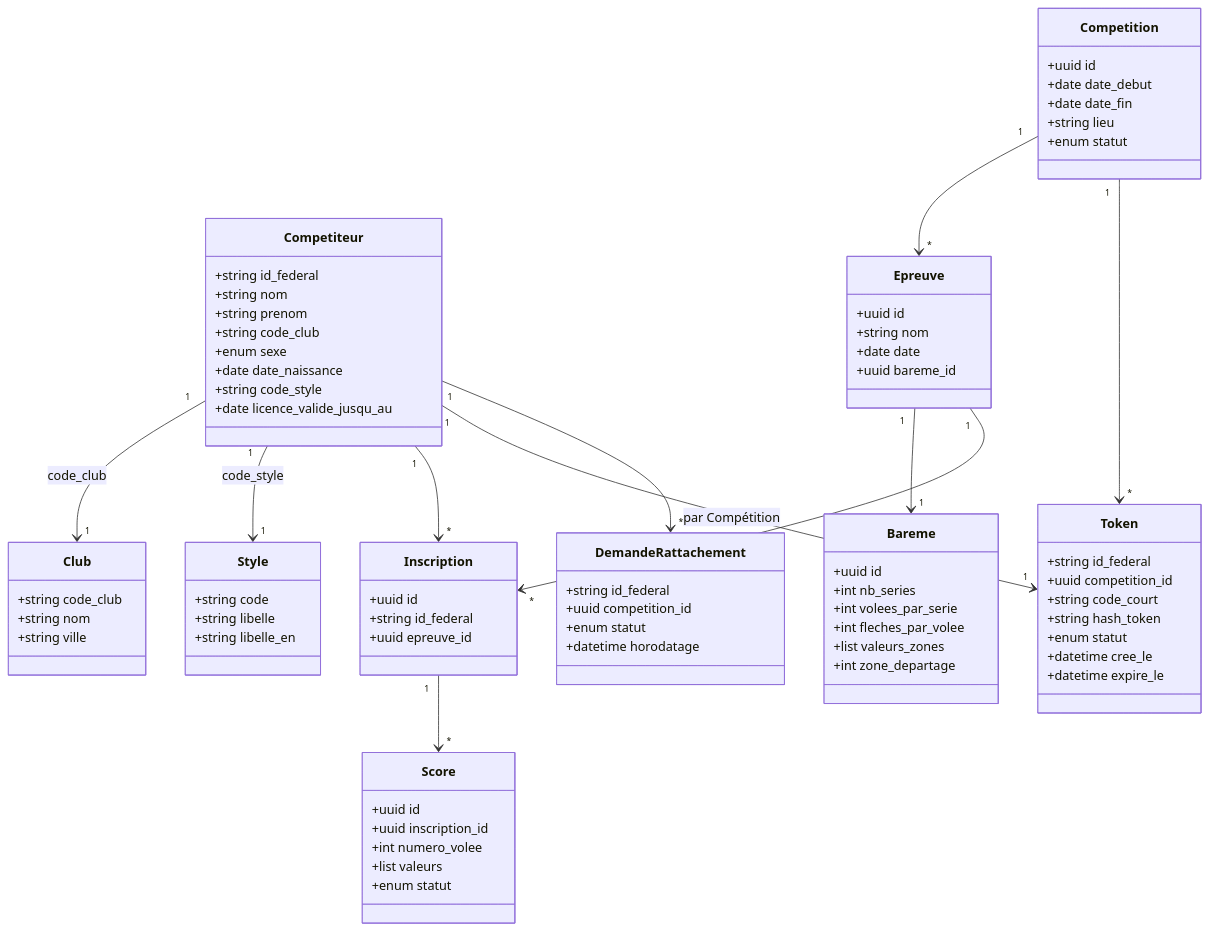
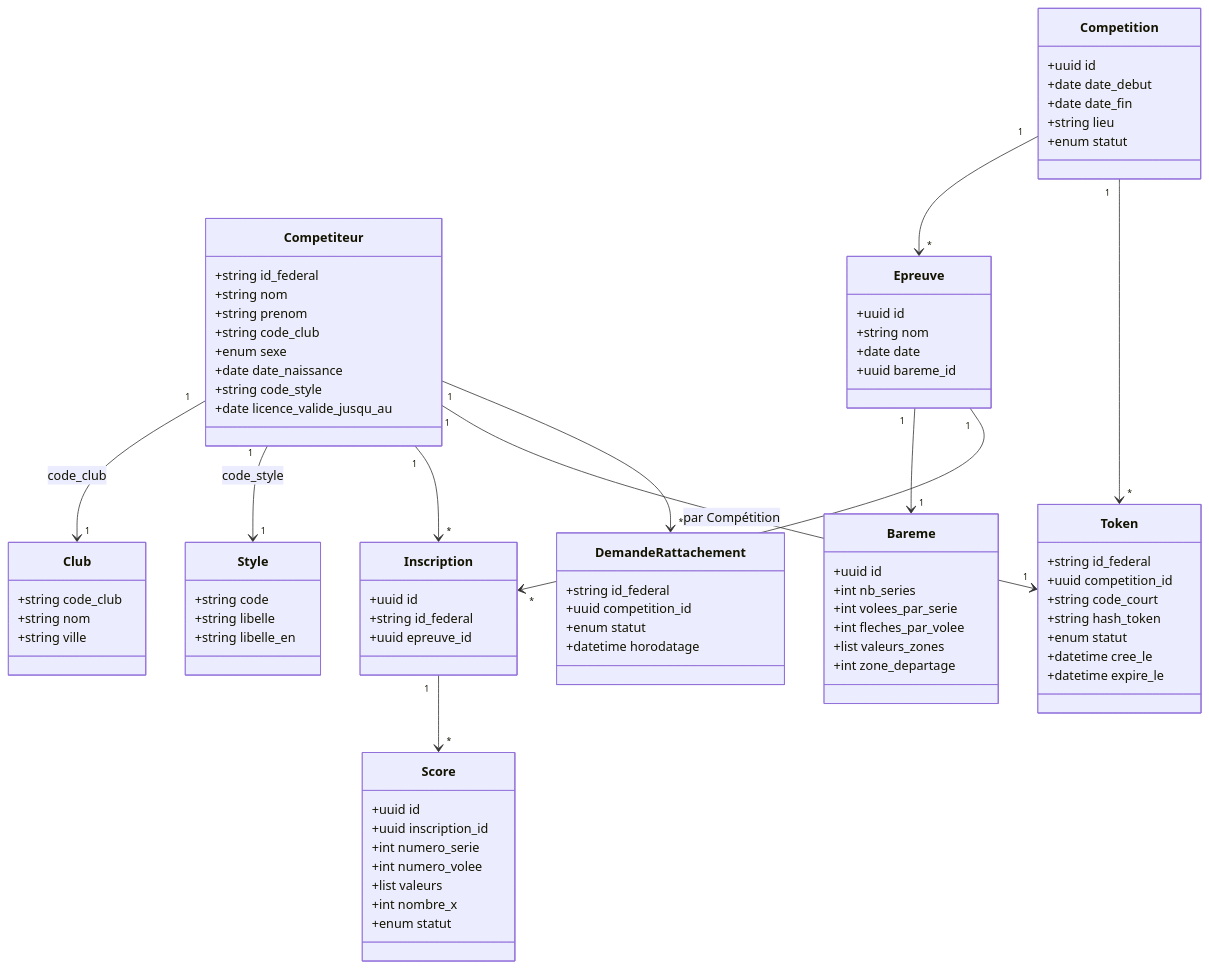
One commit to MrFanghoDev/fletchscore changed the second of 2 diagrams in docs/cahier-des-charges/modele-donnees.rst. Above: the diagram before and after it, drawn with Mermaid. The commit also changed other lines of this file and 8 other files, not shown here.

Commit message:
fix: Score.numero_serie ajouté -- levait l'ambiguïté volée 1 série 1 vs volée 1 série 2

```diff
--- a/docs/cahier-des-charges/modele-donnees.rst
+++ b/docs/cahier-des-charges/modele-donnees.rst
@@ -78,8 +82,10 @@
        class Score {
            +uuid id
            +uuid inscription_id
+           +int numero_serie
            +int numero_volee
            +list valeurs
+           +int nombre_x
            +enum statut
        }
        class Token {
```
